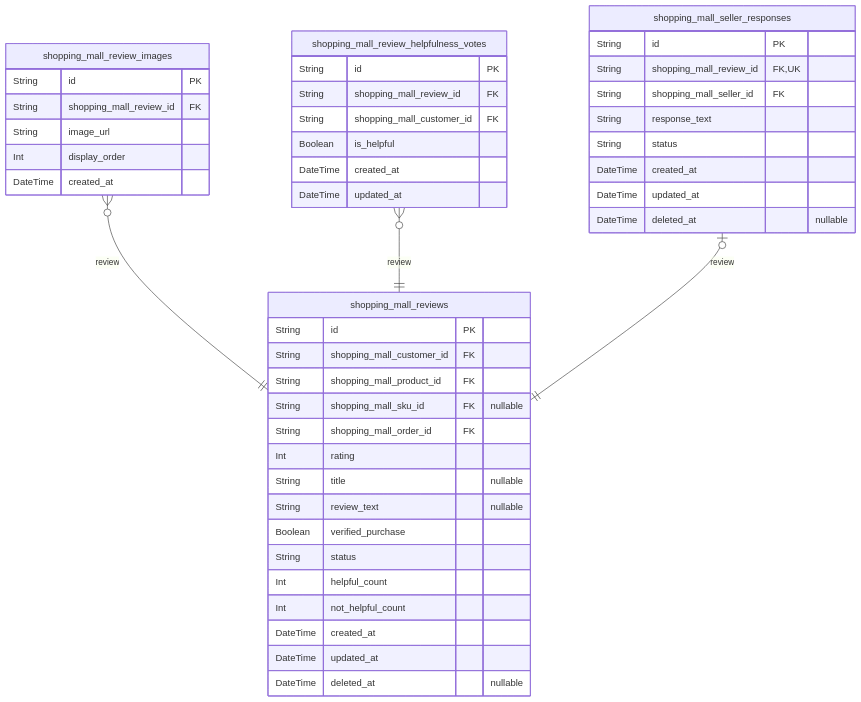
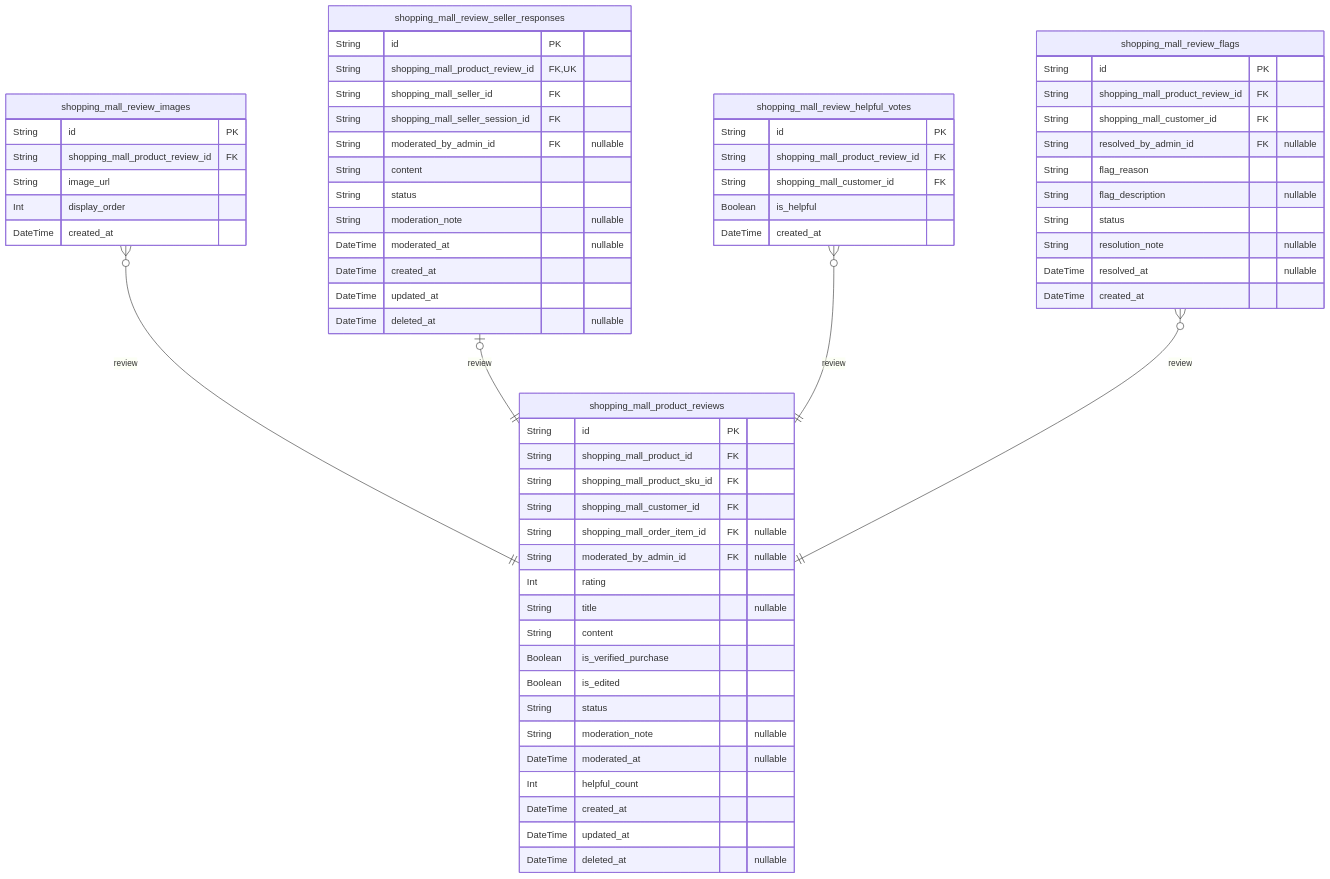
One commit to wrtnlabs/autobe-examples changed the eighth of 10 diagrams in anthropic/claude-sonnet-4.5/shopping/docs/ERD.md. Above: the diagram before and after it, drawn with Mermaid. The commit also changed other lines of this file and 16146 other files, not shown here.

````diff
--- a/anthropic/claude-sonnet-4.5/shopping/docs/ERD.md
+++ b/anthropic/claude-sonnet-4.5/shopping/docs/ERD.md
@@ -1861,48 +2219,67 @@
 ```mermaid
 erDiagram
-"shopping_mall_reviews" {
+"shopping_mall_product_reviews" {
   String id PK
+  String shopping_mall_product_id FK
+  String shopping_mall_product_sku_id FK
   String shopping_mall_customer_id FK
-  String shopping_mall_product_id FK
-  String shopping_mall_sku_id FK "nullable"
-  String shopping_mall_order_id FK
+  String shopping_mall_order_item_id FK "nullable"
+  String moderated_by_admin_id FK "nullable"
   Int rating
   String title "nullable"
-  String review_text "nullable"
-  Boolean verified_purchase
+  String content
+  Boolean is_verified_purchase
+  Boolean is_edited
   String status
+  String moderation_note "nullable"
+  DateTime moderated_at "nullable"
   Int helpful_count
-  Int not_helpful_count
   DateTime created_at
   DateTime updated_at
   DateTime deleted_at "nullable"
 }
 "shopping_mall_review_images" {
   String id PK
-  String shopping_mall_review_id FK
+  String shopping_mall_product_review_id FK
   String image_url
   Int display_order
   DateTime created_at
 }
-"shopping_mall_review_helpfulness_votes" {
+"shopping_mall_review_seller_responses" {
   String id PK
-  String shopping_mall_review_id FK
-  String shopping_mall_customer_id FK
-  Boolean is_helpful
-  DateTime created_at
-  DateTime updated_at
-}
-"shopping_mall_seller_responses" {
-  String id PK
-  String shopping_mall_review_id FK,UK
+  String shopping_mall_product_review_id FK,UK
   String shopping_mall_seller_id FK
-  String response_text
+  String shopping_mall_seller_session_id FK
+  String moderated_by_admin_id FK "nullable"
+  String content
   String status
+  String moderation_note "nullable"
+  DateTime moderated_at "nullable"
   DateTime created_at
   DateTime updated_at
   DateTime deleted_at "nullable"
 }
-"shopping_mall_review_images" }o--|| "shopping_mall_reviews" : review
-"shopping_mall_review_helpfulness_votes" }o--|| "shopping_mall_reviews" : review
-"shopping_mall_seller_responses" |o--|| "shopping_mall_reviews" : review
+"shopping_mall_review_helpful_votes" {
+  String id PK
+  String shopping_mall_product_review_id FK
+  String shopping_mall_customer_id FK
+  Boolean is_helpful
+  DateTime created_at
+}
+"shopping_mall_review_flags" {
+  String id PK
+  String shopping_mall_product_review_id FK
+  String shopping_mall_customer_id FK
+  String resolved_by_admin_id FK "nullable"
+  String flag_reason
+  String flag_description "nullable"
+  String status
+  String resolution_note "nullable"
+  DateTime resolved_at "nullable"
+  DateTime created_at
+}
+"shopping_mall_review_images" }o--|| "shopping_mall_product_reviews" : review
+"shopping_mall_review_seller_responses" |o--|| "shopping_mall_product_reviews" : review
+"shopping_mall_review_helpful_votes" }o--|| "shopping_mall_product_reviews" : review
+"shopping_mall_review_flags" }o--|| "shopping_mall_product_reviews" : review
 ```
````
